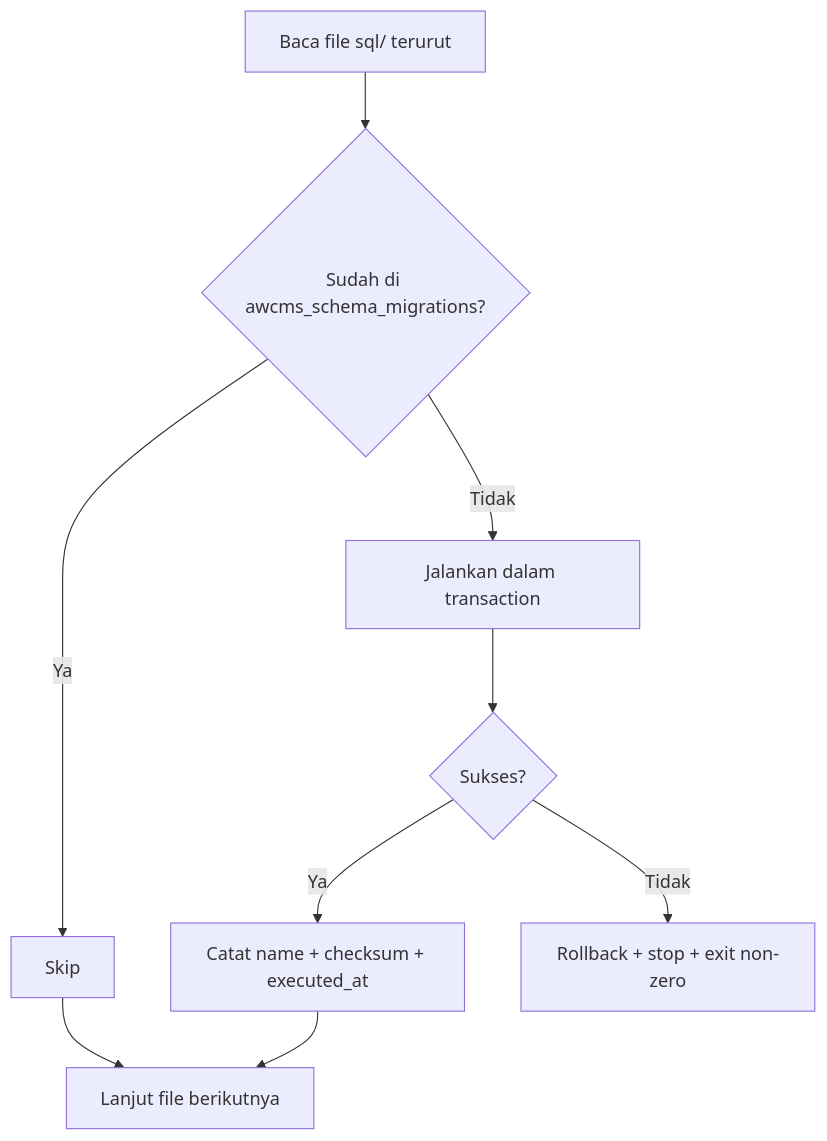
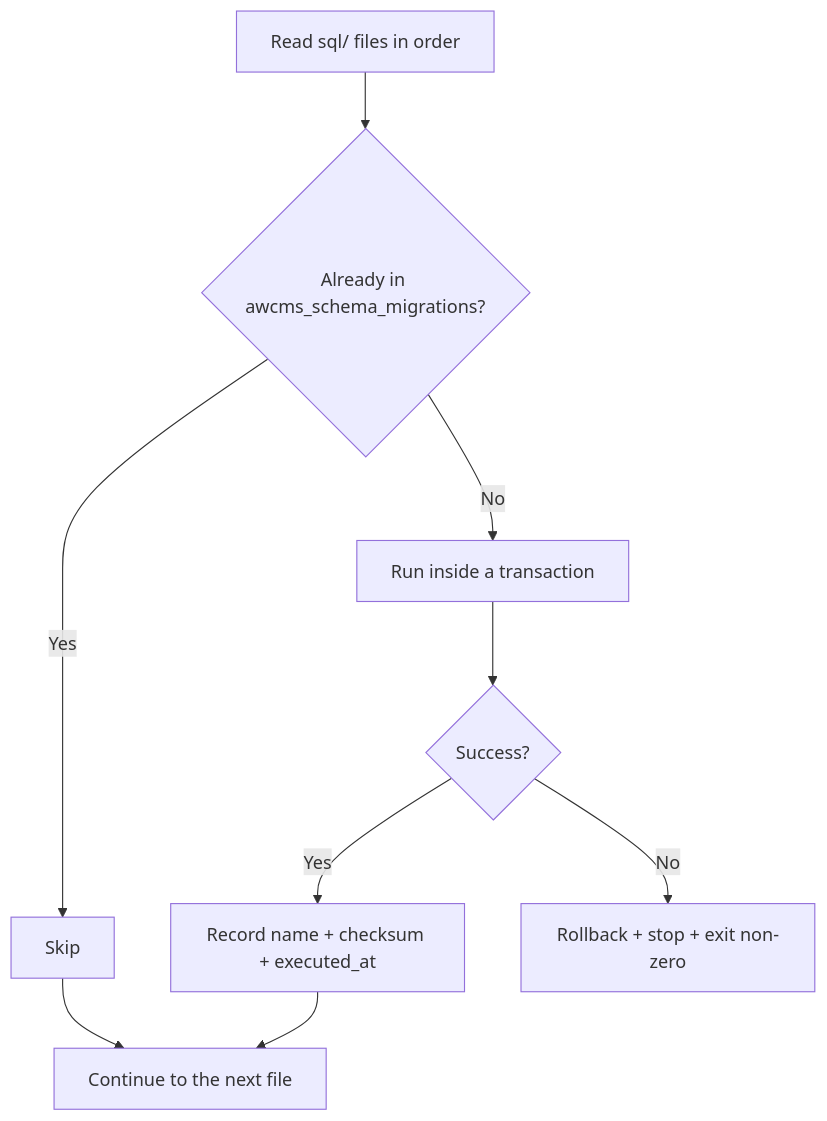
One commit to ahliweb/awcms changed the fifth of 5 diagrams in docs/awcms/16_backend_data_access_integration.md. Above: the diagram before and after it, drawn with Mermaid. The commit also changed other lines of this file and 603 other files, not shown here.

````diff
--- a/docs/awcms/16_backend_data_access_integration.md
+++ b/docs/awcms/16_backend_data_access_integration.md
@@ -244,11 +242,11 @@
 ```mermaid
 flowchart TD
-  A[Baca file sql/ terurut] --> B{Sudah di awcms_schema_migrations?}
-  B -- Ya --> C[Skip]
-  B -- Tidak --> D[Jalankan dalam transaction]
-  D --> E{Sukses?}
-  E -- Ya --> F[Catat name + checksum + executed_at]
-  E -- Tidak --> G[Rollback + stop + exit non-zero]
-  C --> H[Lanjut file berikutnya]
+  A[Read sql/ files in order] --> B{Already in awcms_schema_migrations?}
+  B -- Yes --> C[Skip]
+  B -- No --> D[Run inside a transaction]
+  D --> E{Success?}
+  E -- Yes --> F[Record name + checksum + executed_at]
+  E -- No --> G[Rollback + stop + exit non-zero]
+  C --> H[Continue to the next file]
   F --> H
 ```
````
